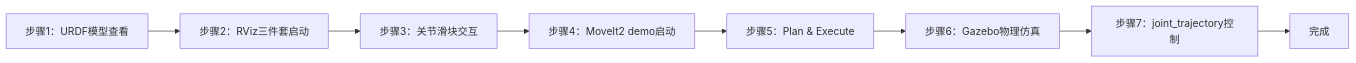
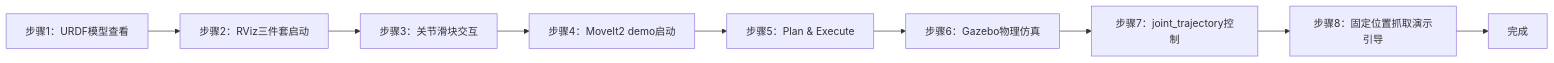
Before and after one commit to aibittek/course_generate_agent: the first of 7 diagrams in courses/sheet1/arm_practice/EXP005_lab_guide.md, drawn with Mermaid. The commit also changed other lines of this file and 11 other files, not shown here.

````diff
--- a/courses/sheet1/arm_practice/EXP005_lab_guide.md
+++ b/courses/sheet1/arm_practice/EXP005_lab_guide.md
@@ -176,10 +193,11 @@
 ```mermaid
 graph LR
     A[步骤1：URDF模型查看] --> B[步骤2：RViz三件套启动]
     B --> C[步骤3：关节滑块交互]
     C --> D[步骤4：MoveIt2 demo启动]
     D --> E[步骤5：Plan & Execute]
     E --> F[步骤6：Gazebo物理仿真]
     F --> G[步骤7：joint_trajectory控制]
-    G --> H[完成]
+    G --> H[步骤8：固定位置抓取演示引导]
+    H --> I[完成]
 ```
````
